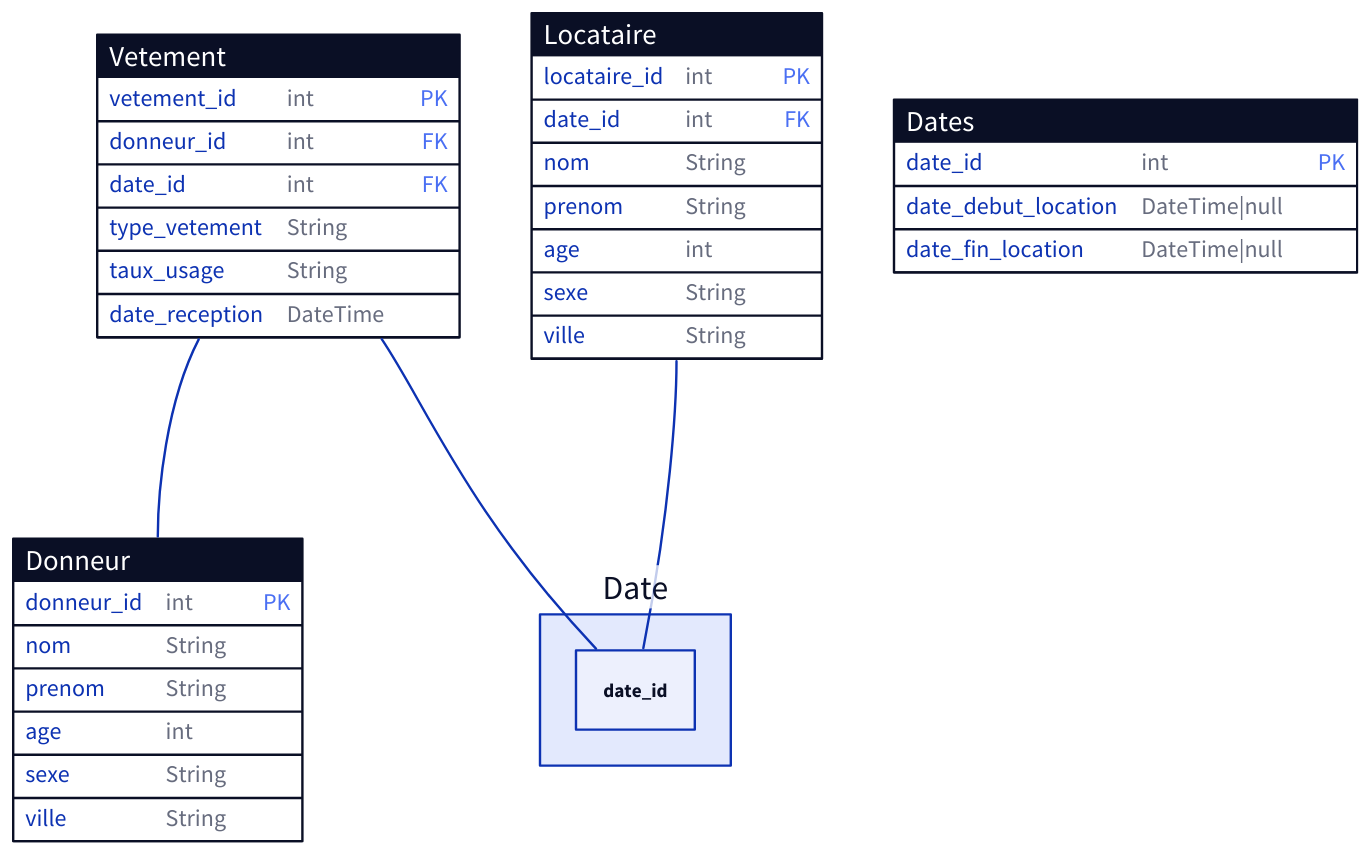
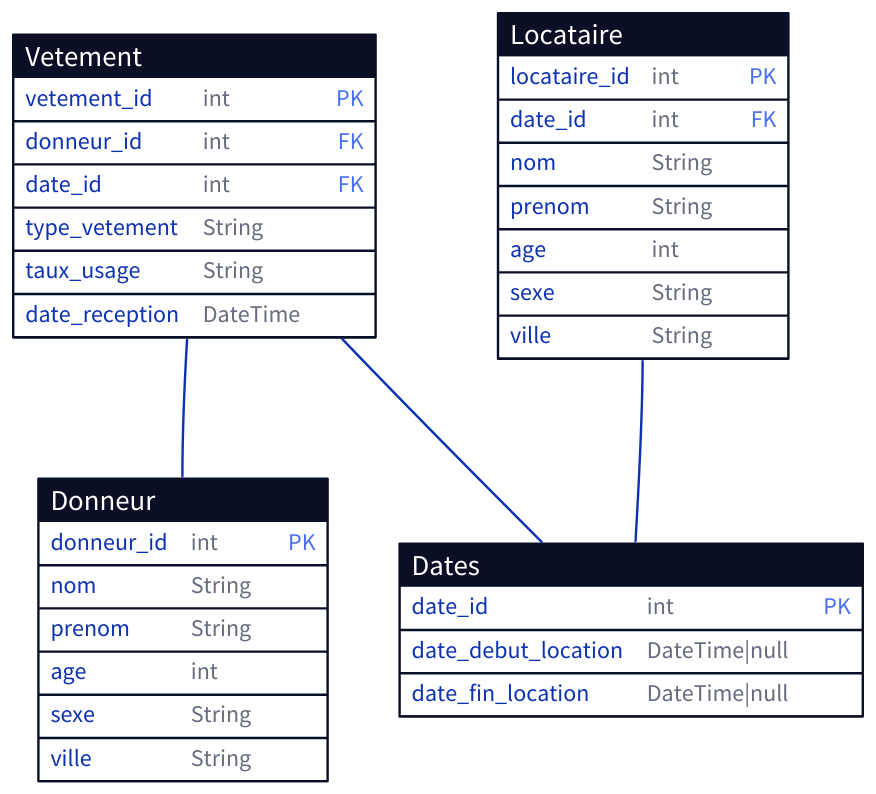
Before and after one commit to Adidooouuu/inventaire_armoire: the diagram in location_vetement.d2, drawn with D2.

Commit message:
Correct d2 plan

```diff
--- a/location_vetement.d2
+++ b/location_vetement.d2
@@ -1,44 +1,44 @@
 # Location vêtements
 
 Vetement: {
   shape: sql_table
   vetement_id: int {constraint: primary_key}
   donneur_id: int {constraint: foreign_key}
   date_id: int {constraint: foreign_key}
   type_vetement: String
   taux_usage: String
   date_reception: DateTime
 }
 
 Donneur: {
   shape: sql_table
   donneur_id: int {constraint: primary_key}
   nom: String
   prenom: String
   age: int
   sexe: String
   ville: String
 }
 
 Locataire: {
   shape: sql_table
   locataire_id: int {constraint: primary_key}
   date_id: int {constraint: foreign_key}
   nom: String
   prenom: String
   age: int
   sexe: String
   ville: String
 }
 
 Dates: {
   shape: sql_table
   date_id: int {constraint: primary_key}
   date_debut_location: DateTime|null
   date_fin_location: DateTime|null
 }
 
 Vetement.donneur_id -- Donneur.donneur_id
 
-Vetement.date_id -- Date.date_id
-Locataire.date_id -- Date.date_id
+Vetement.date_id -- Dates.date_id
+Locataire.date_id -- Dates.date_id
```
